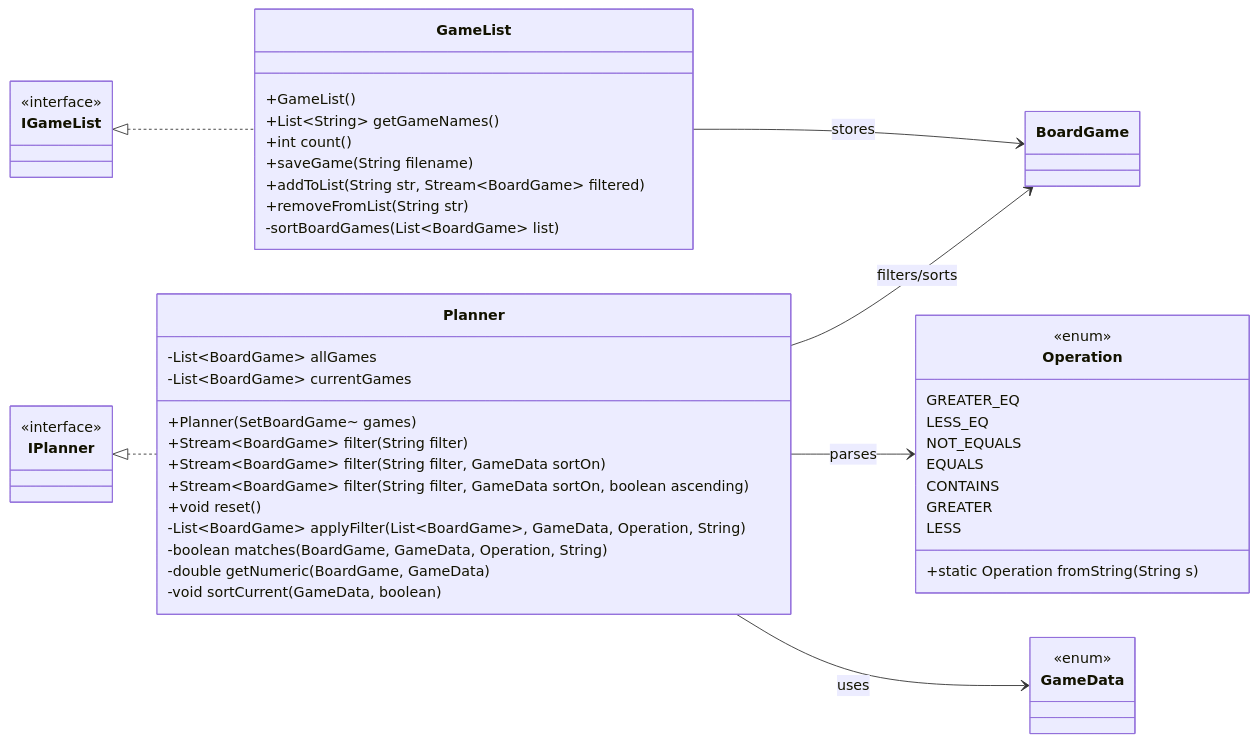
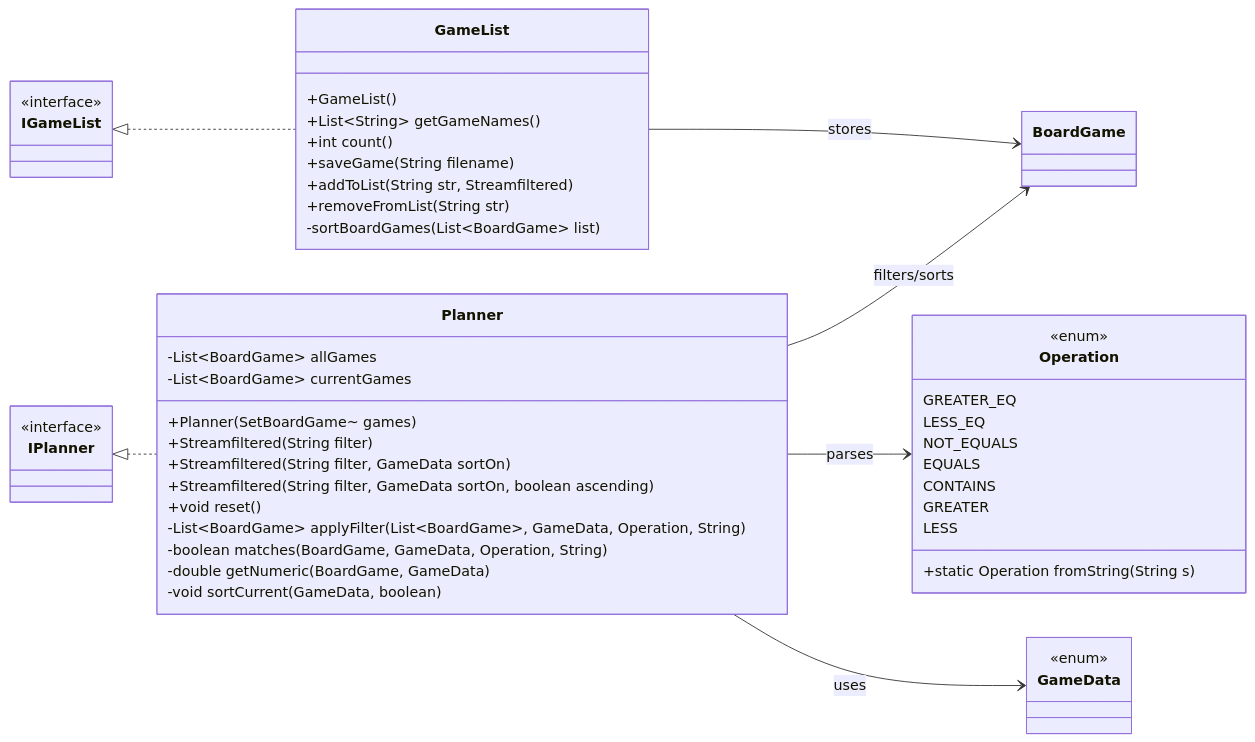
Before and after one commit to liulu0713/5004homework: the second of 3 diagrams in Board Game Arena Planner/DesignDocument.md, drawn with Mermaid. The commit also changed other lines of this file, not shown here.

Commit message:
board game UML

````diff
--- a/Board Game Arena Planner/DesignDocument.md
+++ b/Board Game Arena Planner/DesignDocument.md
@@ -70,54 +70,54 @@
 ```mermaid 
 classDiagram
 direction LR
 
 class GameList {
    
    +GameList()
    +List~String~ getGameNames()
    +int count()
    +saveGame(String filename)
-   +addToList(String str, Stream~BoardGame~ filtered)
+   +addToList(String str, Streamfiltered)
    +removeFromList(String str)
    -sortBoardGames(List~BoardGame~ list)
 }
 
 class Planner {
    -List~BoardGame~ allGames
    -List~BoardGame~ currentGames
    +Planner(SetBoardGame~ games)
-   +Stream~BoardGame~ filter(String filter)
-   +Stream~BoardGame~ filter(String filter, GameData sortOn)
-   +Stream~BoardGame~ filter(String filter, GameData sortOn, boolean ascending)
+   +Streamfiltered(String filter)
+   +Streamfiltered(String filter, GameData sortOn)
+   +Streamfiltered(String filter, GameData sortOn, boolean ascending)
    +void reset()
    -List~BoardGame~ applyFilter(List~BoardGame~, GameData, Operation, String)
    -boolean matches(BoardGame, GameData, Operation, String)
    -double getNumeric(BoardGame, GameData)
    -void sortCurrent(GameData, boolean)
 }
 
 class Operation {
    <<enum>>
    GREATER_EQ
    LESS_EQ
    NOT_EQUALS
    EQUALS
    CONTAINS
    GREATER
    LESS
    +static Operation fromString(String s)
 }
 
 class IGameList {<<interface>>}
 class IPlanner {<<interface>>}
 class BoardGame
 class GameData {<<enum>>}
 
 IGameList <|.. GameList
 IPlanner  <|.. Planner
 Planner --> Operation : parses
 Planner --> GameData : uses
 GameList --> BoardGame : stores
 Planner --> BoardGame : filters/sorts
 
 ```
````
